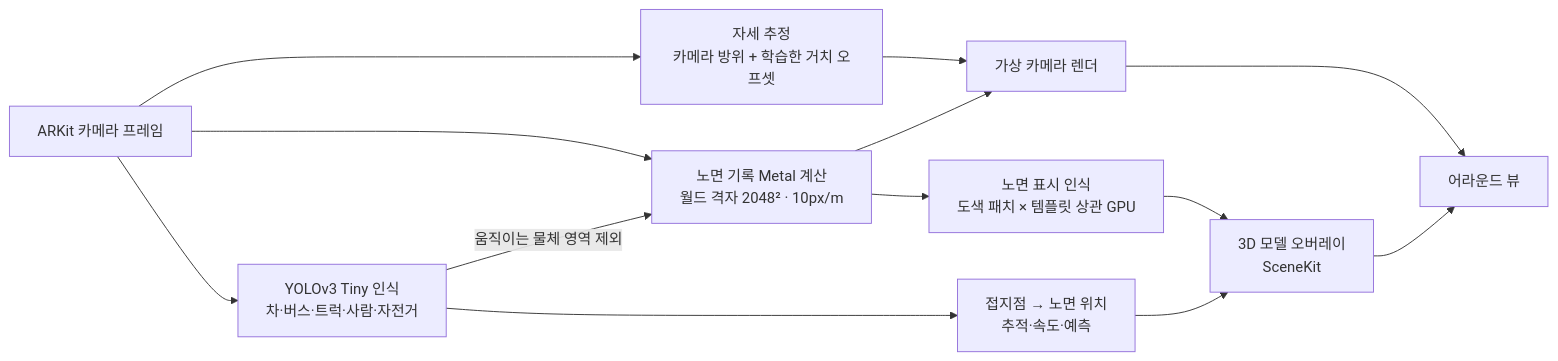
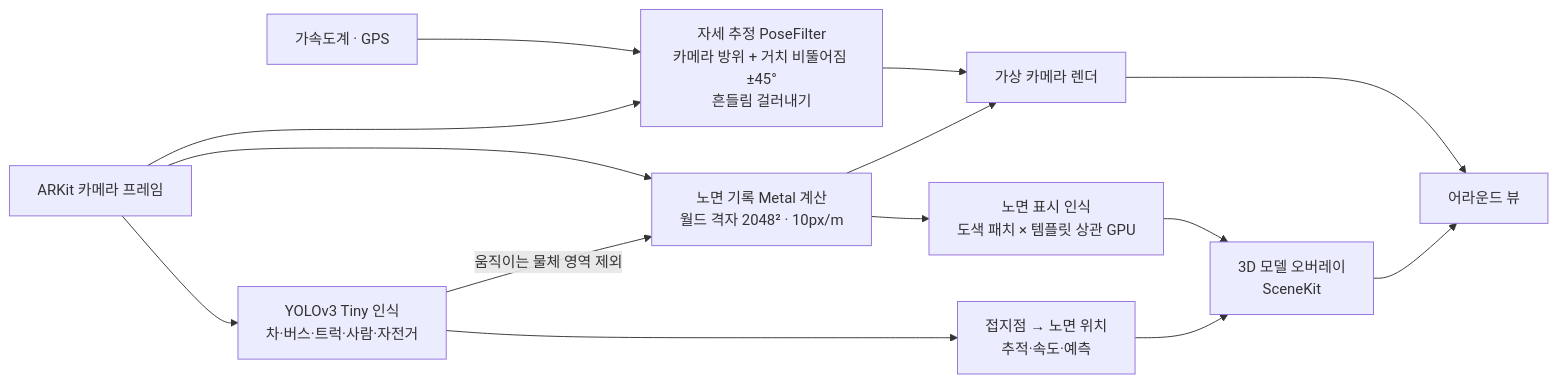
Before and after one commit to shin2012/phone-aroundview: the first of 2 diagrams in README.md, drawn with Mermaid. The commit also changed other lines of this file and 8 other files, not shown here.

Commit message:
fix: 앞뒤 뒤집힘·흔들림 수정 — 자세 추정 분리(PoseFilter), 가속도계·GPS 사용 (v0.4.0)

````diff
--- a/README.md
+++ b/README.md
@@ -18,15 +18,16 @@
 ```mermaid
 flowchart LR
-  A[ARKit 카메라 프레임] --> B[자세 추정<br/>카메라 방위 + 학습한 거치 오프셋]
+  A[ARKit 카메라 프레임] --> B[자세 추정 PoseFilter<br/>카메라 방위 + 거치 비뚤어짐 ±45°<br/>흔들림 걸러내기]
+  S[가속도계 · GPS] --> B
   A --> C[노면 기록 Metal 계산<br/>월드 격자 2048² · 10px/m]
   A --> D[YOLOv3 Tiny 인식<br/>차·버스·트럭·사람·자전거]
   D -->|움직이는 물체 영역 제외| C
   D --> E[접지점 → 노면 위치<br/>추적·속도·예측]
   B --> F[가상 카메라 렌더]
   C --> F
   C --> M[노면 표시 인식<br/>도색 패치 × 템플릿 상관 GPU]
   E --> G[3D 모델 오버레이<br/>SceneKit]
   M --> G
   F --> H[어라운드 뷰]
   G --> H
 ```
````
